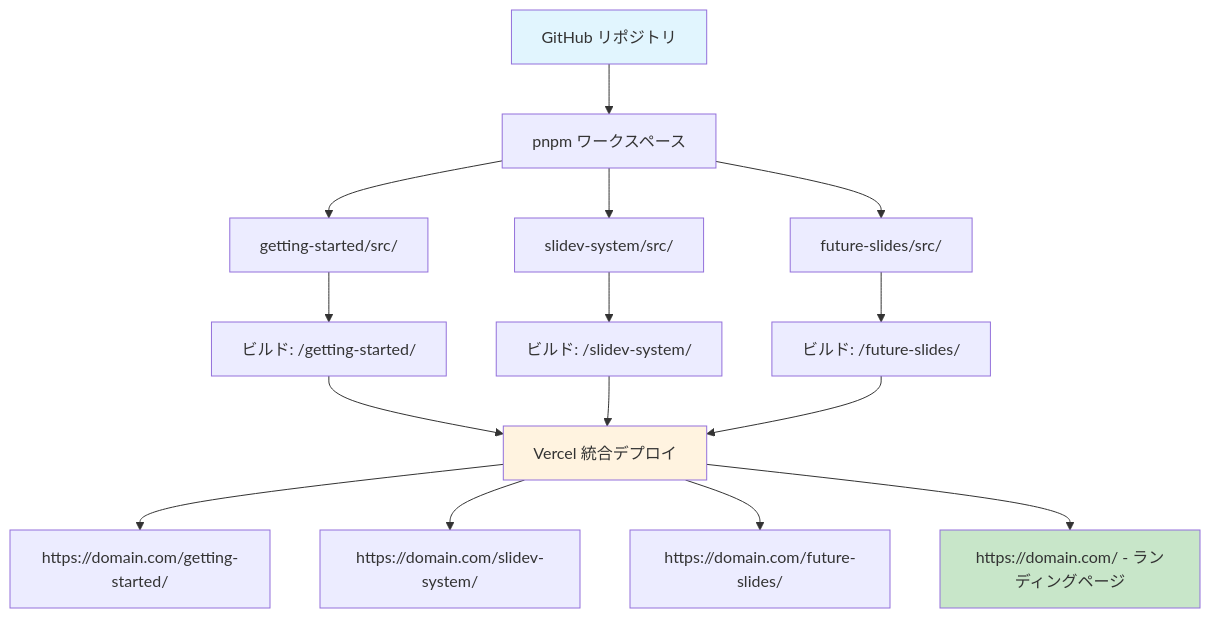
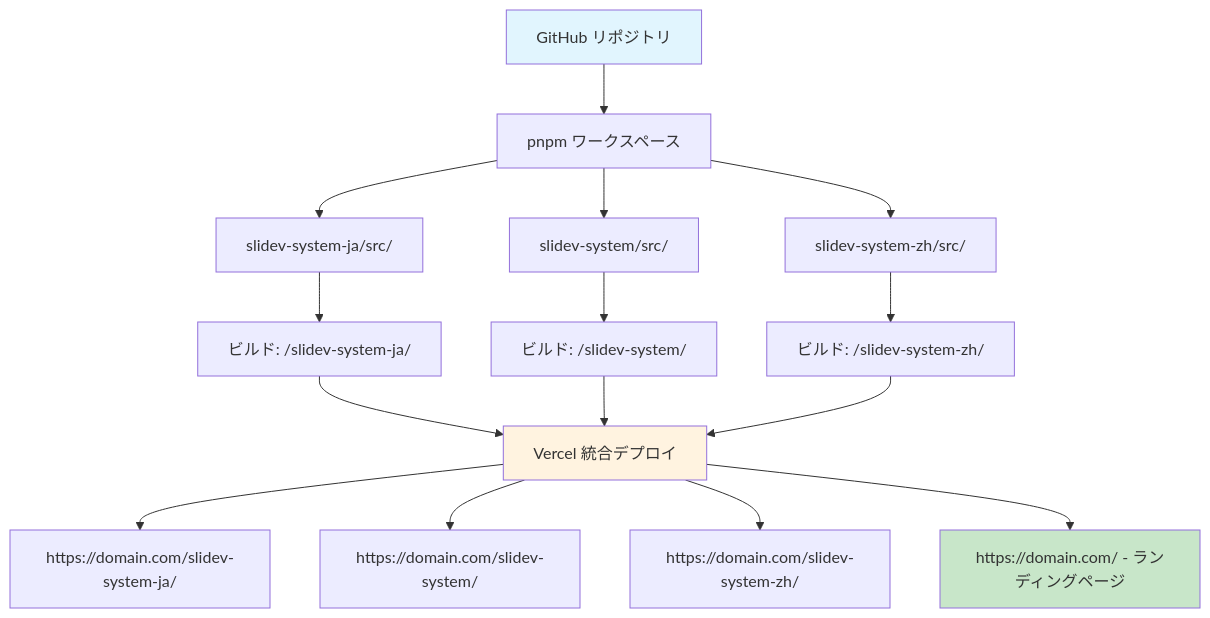
The diagram in slides/slidev-system-ja/src/slides.md (wwlapaki310/Slidevs-on-Vercel), drawn with Mermaid before and after one commit. The commit also changed other lines of this file, not shown here.

Commit message:
Fix Japanese slides: Update project structure and system architecture

````diff
--- a/slides/slidev-system-ja/src/slides.md
+++ b/slides/slidev-system-ja/src/slides.md
@@ -69,25 +69,25 @@
 ```mermaid
 graph TD
     A[GitHub リポジトリ] --> B[pnpm ワークスペース]
     
-    B --> C1[getting-started/src/]
+    B --> C1[slidev-system-ja/src/]
     B --> C2[slidev-system/src/]
-    B --> C3[future-slides/src/]
+    B --> C3[slidev-system-zh/src/]
     
-    C1 --> D1[ビルド: /getting-started/]
+    C1 --> D1[ビルド: /slidev-system-ja/]
     C2 --> D2[ビルド: /slidev-system/]
-    C3 --> D3[ビルド: /future-slides/]
+    C3 --> D3[ビルド: /slidev-system-zh/]
     
     D1 --> E[Vercel 統合デプロイ]
     D2 --> E
     D3 --> E
     
-    E --> F1[https://domain.com/getting-started/]
+    E --> F1[https://domain.com/slidev-system-ja/]
     E --> F2[https://domain.com/slidev-system/]
-    E --> F3[https://domain.com/future-slides/]
+    E --> F3[https://domain.com/slidev-system-zh/]
     E --> F4[https://domain.com/ - ランディングページ]
     
     style A fill:#e1f5fe
     style E fill:#fff3e0
     style F4 fill:#c8e6c9
 ```
````
